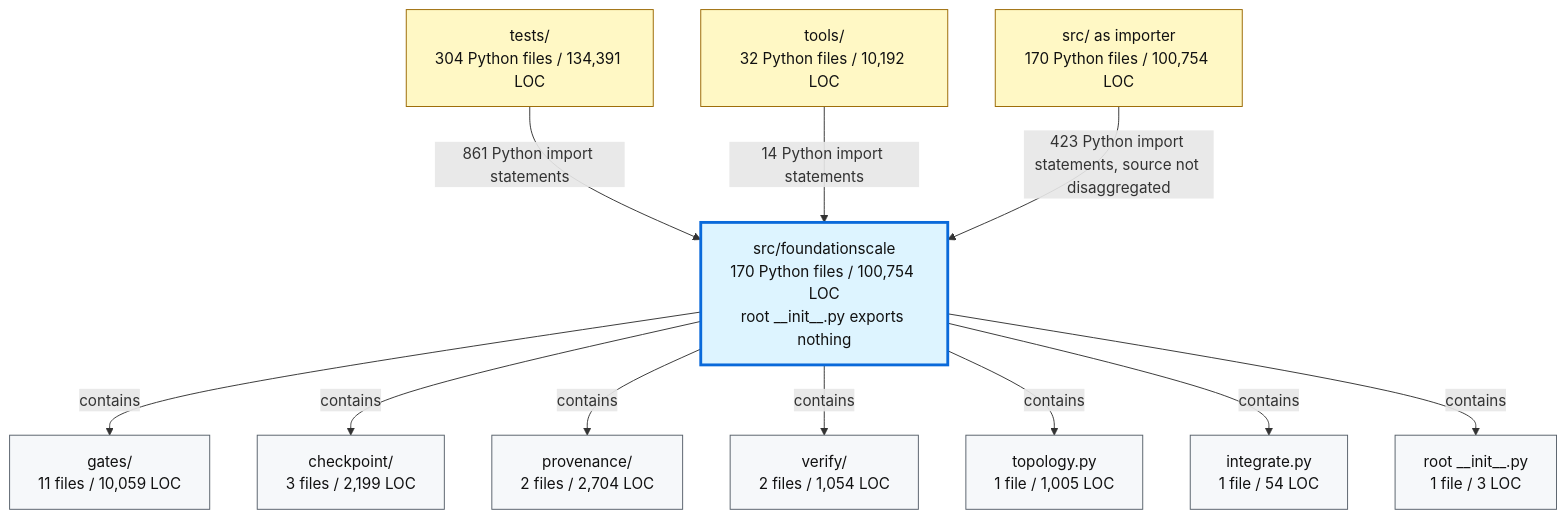
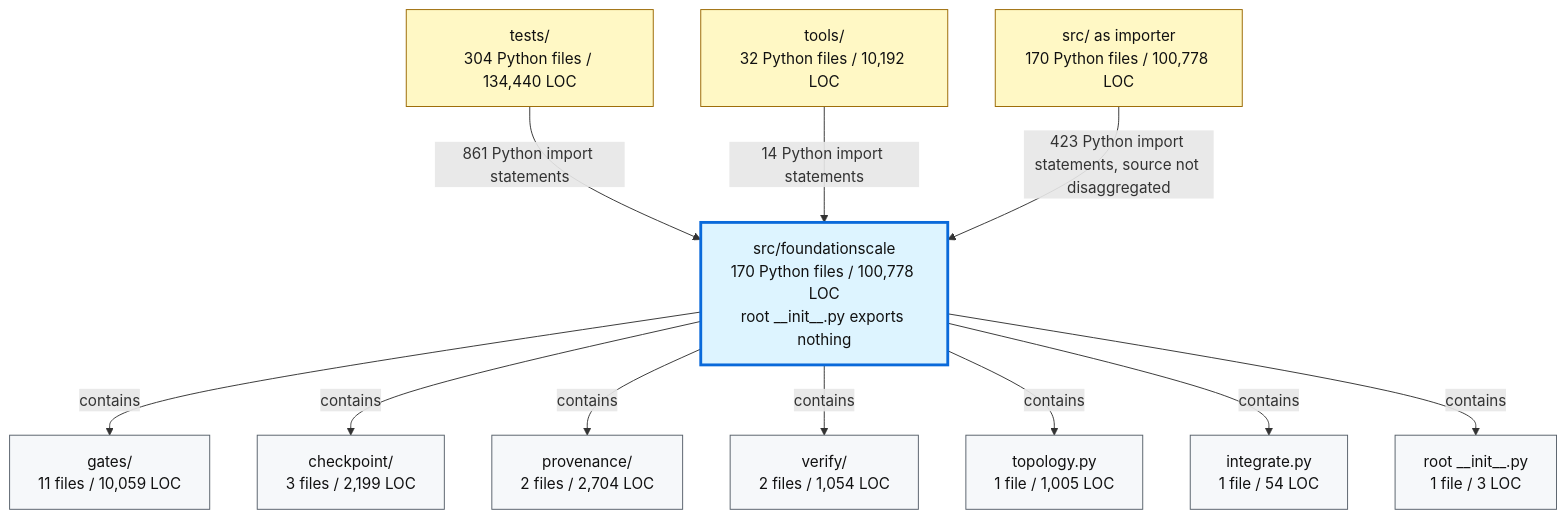
Before and after one commit to TranNhiem/FoundationScale: the second of 2 diagrams in docs/review/D2_current_architecture.md, drawn with Mermaid. The commit also changed other lines of this file and 10 other files, not shown here.

````diff
--- a/docs/review/D2_current_architecture.md
+++ b/docs/review/D2_current_architecture.md
@@ -97,36 +97,36 @@
 ```mermaid
 flowchart TB
-  TESTS["tests/<br/>304 Python files / 134,391 LOC"]
+  TESTS["tests/<br/>304 Python files / 134,440 LOC"]
   TOOLS["tools/<br/>32 Python files / 10,192 LOC"]
-  SRC["src/ as importer<br/>170 Python files / 100,754 LOC"]
+  SRC["src/ as importer<br/>170 Python files / 100,778 LOC"]
 
-  FS["src/foundationscale<br/>170 Python files / 100,754 LOC<br/>root __init__.py exports nothing"]
+  FS["src/foundationscale<br/>170 Python files / 100,778 LOC<br/>root __init__.py exports nothing"]
 
   GATES["gates/<br/>11 files / 10,059 LOC"]
   CKPT["checkpoint/<br/>3 files / 2,199 LOC"]
   PROV["provenance/<br/>2 files / 2,704 LOC"]
   VERIFY["verify/<br/>2 files / 1,054 LOC"]
   TOPO["topology.py<br/>1 file / 1,005 LOC"]
   INTEG["integrate.py<br/>1 file / 54 LOC"]
   ROOT["root __init__.py<br/>1 file / 3 LOC"]
 
   TESTS -->|"861 Python import statements"| FS
   TOOLS -->|"14 Python import statements"| FS
   SRC -->|"423 Python import statements, source not disaggregated"| FS
 
   FS -->|"contains"| GATES
   FS -->|"contains"| CKPT
   FS -->|"contains"| PROV
   FS -->|"contains"| VERIFY
   FS -->|"contains"| TOPO
   FS -->|"contains"| INTEG
   FS -->|"contains"| ROOT
 
   classDef consumer fill:#fff8c5,stroke:#9a6700,color:#111;
   classDef package fill:#ddf4ff,stroke:#0969da,stroke-width:3px,color:#111;
   classDef module fill:#f6f8fa,stroke:#57606a,color:#111;
 
   class TESTS,TOOLS,SRC consumer;
   class FS package;
   class GATES,CKPT,PROV,VERIFY,TOPO,INTEG,ROOT module;
 ```
````
